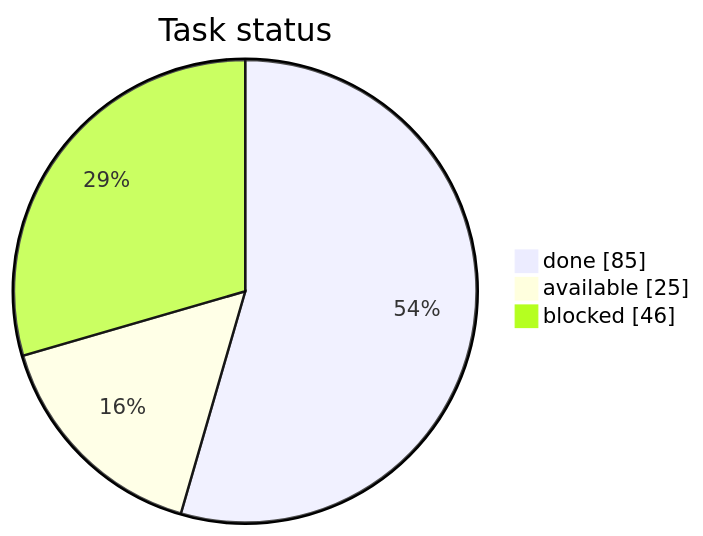
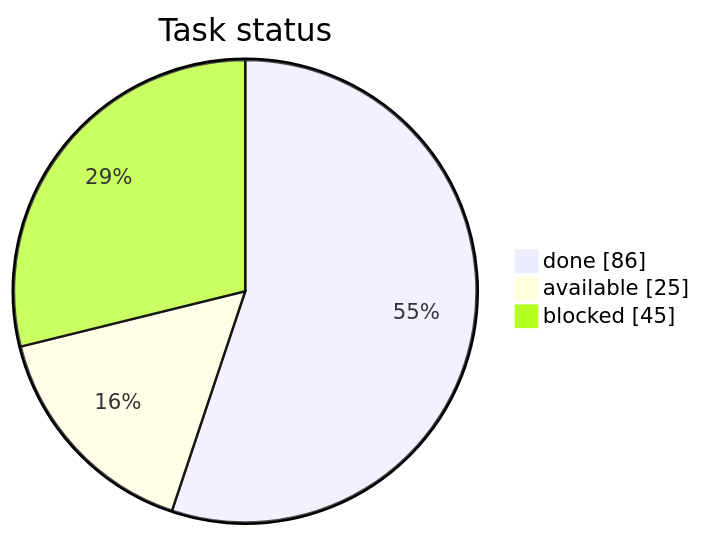
Before and after one commit to artemiiShabanov/RallyRivals: the first of 3 diagrams in STATUS.md, drawn with Mermaid. The commit also changed other lines of this file and 6 other files, not shown here.

````diff
--- a/STATUS.md
+++ b/STATUS.md
@@ -7,7 +7,7 @@
 ```mermaid
 pie showData
     title Task status
-    "done" : 85
+    "done" : 86
     "available" : 25
-    "blocked" : 46
+    "blocked" : 45
 ```
````
